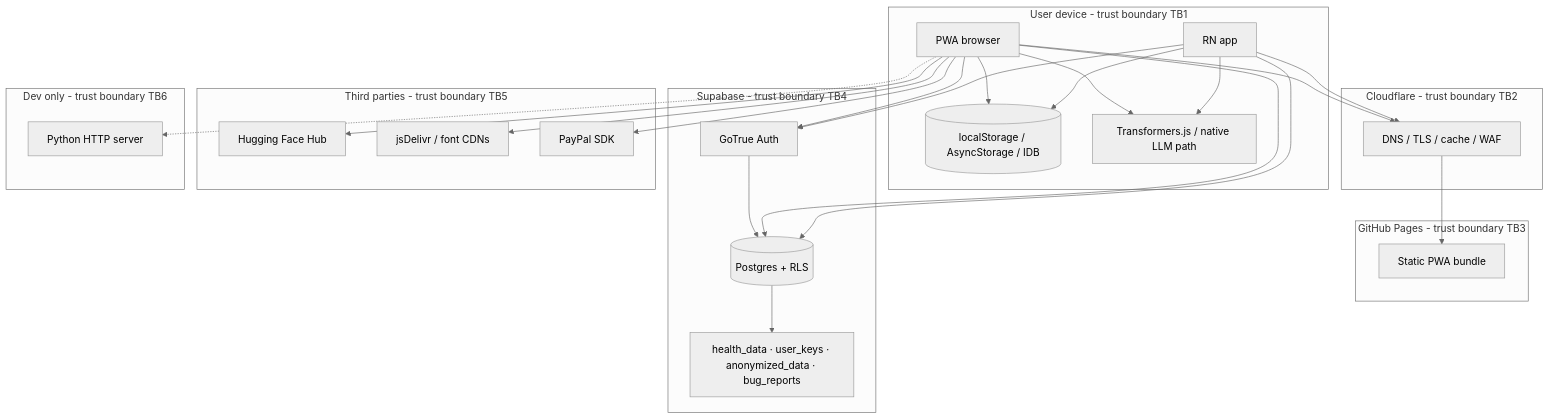
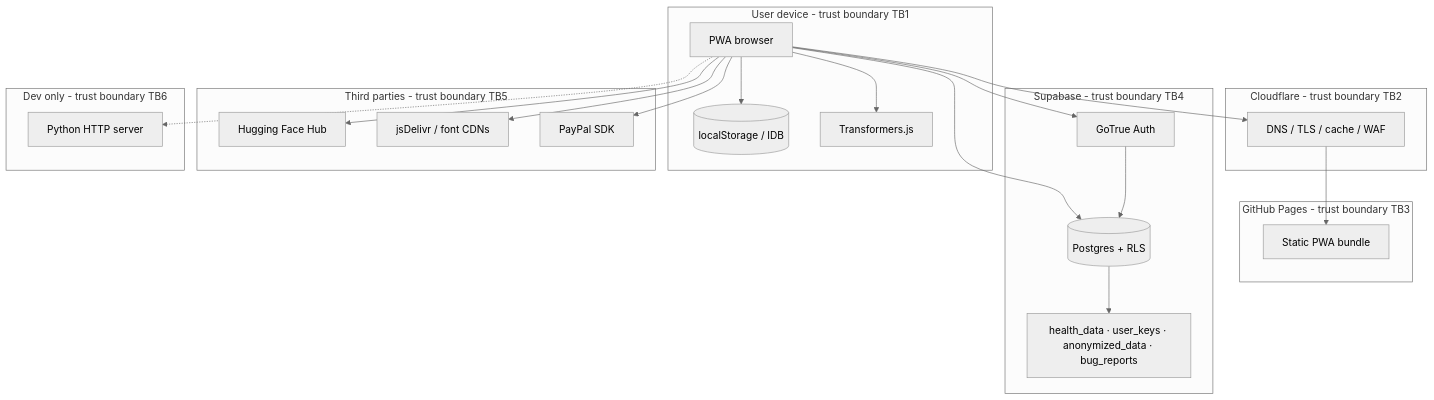
One commit to Metaheurist/Rianell changed the first of 5 diagrams in docs/threat-model.md. Above: the diagram before and after it, drawn with Mermaid (neutral theme). The commit also changed other lines of this file and 57 other files, not shown here.

````diff
--- a/docs/threat-model.md
+++ b/docs/threat-model.md
@@ -27,50 +26,44 @@
 ```mermaid
 flowchart TB
   subgraph user_device [User device - trust boundary TB1]
     PWA[PWA browser]
-    RN[RN app]
-    LocalStore[(localStorage / AsyncStorage / IDB)]
-    OnDeviceAI[Transformers.js / native LLM path]
+    LocalStore[(localStorage / IDB)]
+    OnDeviceAI[Transformers.js]
     PWA --> LocalStore
-    RN --> LocalStore
     PWA --> OnDeviceAI
-    RN --> OnDeviceAI
   end
 
   subgraph edge [Cloudflare - trust boundary TB2]
     CF[DNS / TLS / cache / WAF]
   end
 
   subgraph origin [GitHub Pages - trust boundary TB3]
     Static[Static PWA bundle]
   end
 
   subgraph supabase [Supabase - trust boundary TB4]
     Auth[GoTrue Auth]
     PG[(Postgres + RLS)]
     Tables[health_data · user_keys · anonymized_data · bug_reports]
     Auth --> PG
     PG --> Tables
   end
 
   subgraph third_party [Third parties - trust boundary TB5]
     HF[Hugging Face Hub]
     CDN[jsDelivr / font CDNs]
     PayPal[PayPal SDK]
   end
 
   subgraph dev_only [Dev only - trust boundary TB6]
     PyServer[Python HTTP server]
   end
 
   PWA --> CF --> Static
-  RN --> CF
   PWA --> Auth
-  RN --> Auth
   PWA --> PG
-  RN --> PG
   PWA --> HF
   PWA --> CDN
   PWA --> PayPal
   PWA -.-> PyServer
 ```
````
